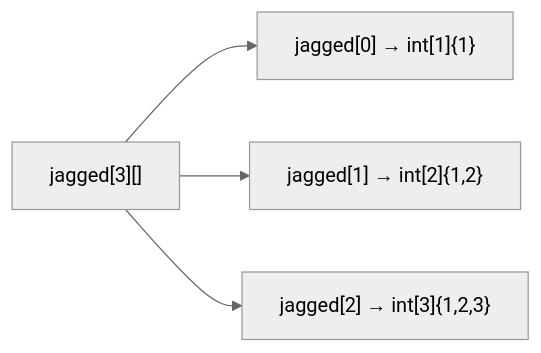
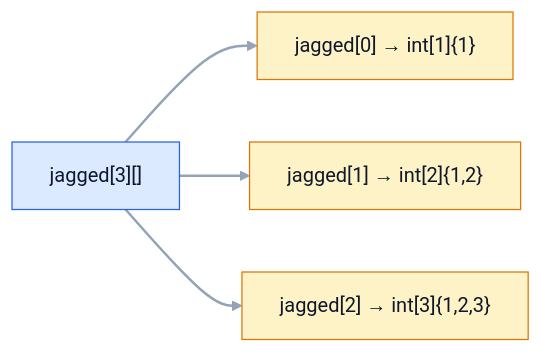
The diagram in kb/02-java-core/04-arrays.md (bogdan111305/java-senior-roadmap), drawn with Mermaid (neutral theme) before and after one commit. The commit also changed other lines of this file and 31 other files, not shown here.

````diff
--- a/kb/02-java-core/04-arrays.md
+++ b/kb/02-java-core/04-arrays.md
@@ -77,6 +77,14 @@
 ```mermaid
 flowchart LR
     J["jagged[3][]"] --> R0["jagged[0] → int[1]{1}"]
     J --> R1["jagged[1] → int[2]{1,2}"]
     J --> R2["jagged[2] → int[3]{1,2,3}"]
+    classDef main fill:#dbeafe,stroke:#2563eb,color:#0f172a
+    classDef accent fill:#fef3c7,stroke:#d97706,color:#0f172a
+    classDef good fill:#dcfce7,stroke:#16a34a,color:#0f172a
+    classDef muted fill:#f1f5f9,stroke:#64748b,color:#0f172a
+    classDef bad fill:#fee2e2,stroke:#dc2626,color:#0f172a
+    class J main
+    class R0,R1,R2 accent
+    linkStyle default stroke:#94a3b8,stroke-width:2px
 ```
````
